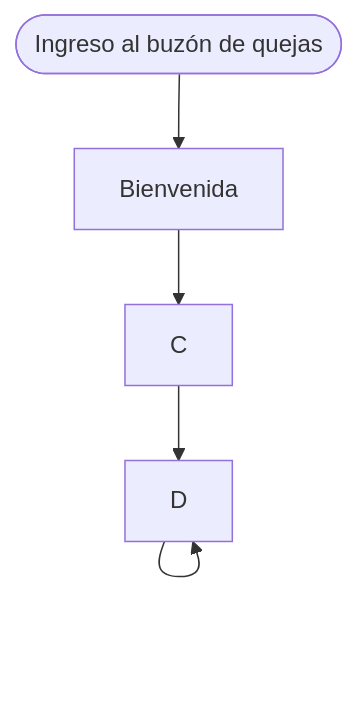
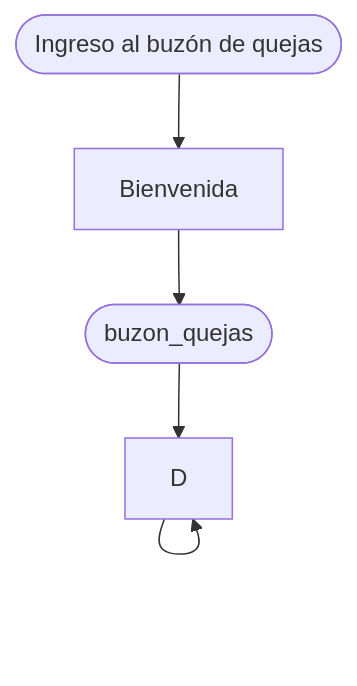
Before and after one commit to untalmike/mailbox: the diagram in README.md, drawn with Mermaid.

Commit message:
Pruebas con el README

````diff
--- a/README.md
+++ b/README.md
@@ -40,7 +40,7 @@
     ```mermaid
         graph TD;
             id1([Ingreso al buzón de quejas])-->B;
             B[Bienvenida]-->C;
-            C-->D;
+            C([buzon_quejas])-->D;
             D-->D;
     ```
````
